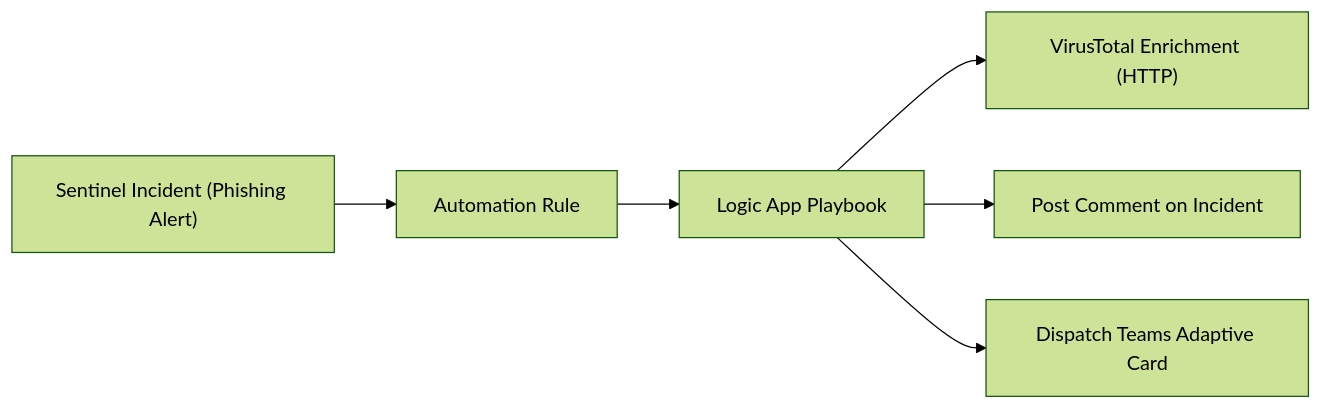
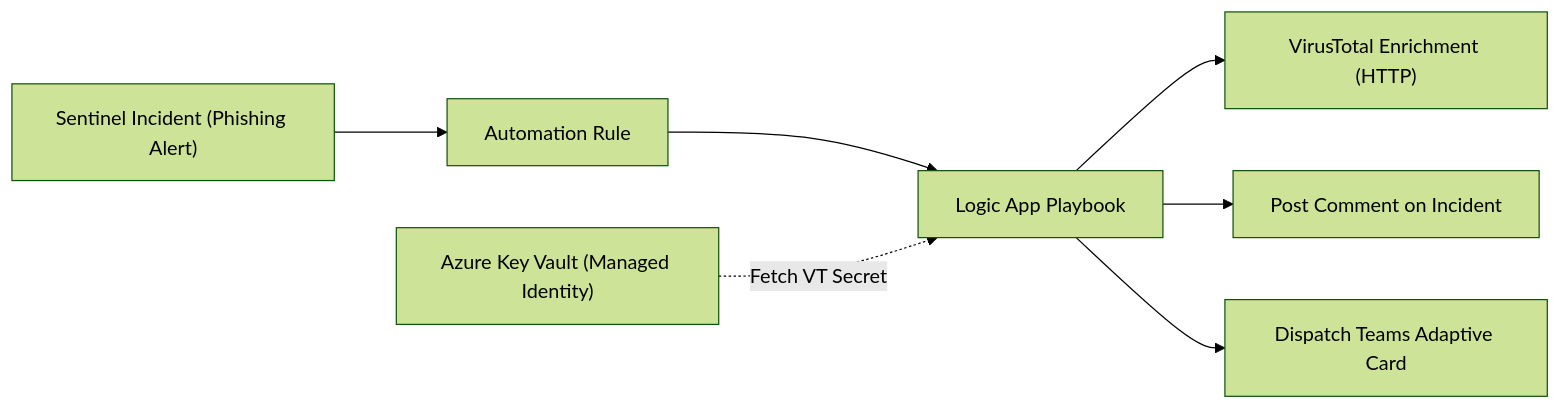
Before and after one commit to SaulGoodMan154/sentinel-phishing-soar: the diagram in playbook/DEPLOY.md, drawn with Mermaid (forest theme). The commit also changed other lines of this file and 1 other file, not shown here.

Commit message:
feat(playbook): drive verdict from virustotal responses and secure secrets with key vault

````diff
--- a/playbook/DEPLOY.md
+++ b/playbook/DEPLOY.md
@@ -9,8 +9,9 @@
 ```mermaid
 flowchart LR
   INC["Sentinel Incident (Phishing Alert)"] --> AR["Automation Rule"]
   AR --> LA["Logic App Playbook"]
+  KV["Azure Key Vault (Managed Identity)"] -.->|Fetch VT Secret| LA
   LA --> VT["VirusTotal Enrichment (HTTP)"]
   LA --> COM["Post Comment on Incident"]
   LA --> TEAMS["Dispatch Teams Adaptive Card"]
 ```
````
